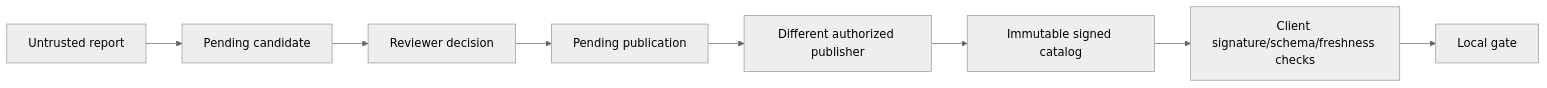
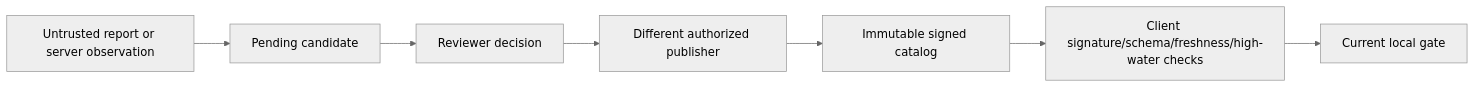
Before and after one commit to satyamsahu40678/web-switcher: the third of 3 diagrams in docs/ARCHITECTURE.md, drawn with Mermaid (neutral theme). The commit also changed other lines of this file and 34 other files, not shown here.

````diff
--- a/docs/ARCHITECTURE.md
+++ b/docs/ARCHITECTURE.md
@@ -37,10 +66,9 @@
-```mermaid
+~~~mermaid
 flowchart LR
-    A[Untrusted report] --> B[Pending candidate]
+    A[Untrusted report or server observation] --> B[Pending candidate]
     B --> C[Reviewer decision]
-    C --> D[Pending publication]
-    D --> E[Different authorized publisher]
-    E --> F[Immutable signed catalog]
-    F --> G[Client signature/schema/freshness checks]
-    G --> H[Local gate]
-```
+    C --> D[Different authorized publisher]
+    D --> E[Immutable signed catalog]
+    E --> F[Client signature/schema/freshness/high-water checks]
+    F --> G[Current local gate]
+~~~
````
